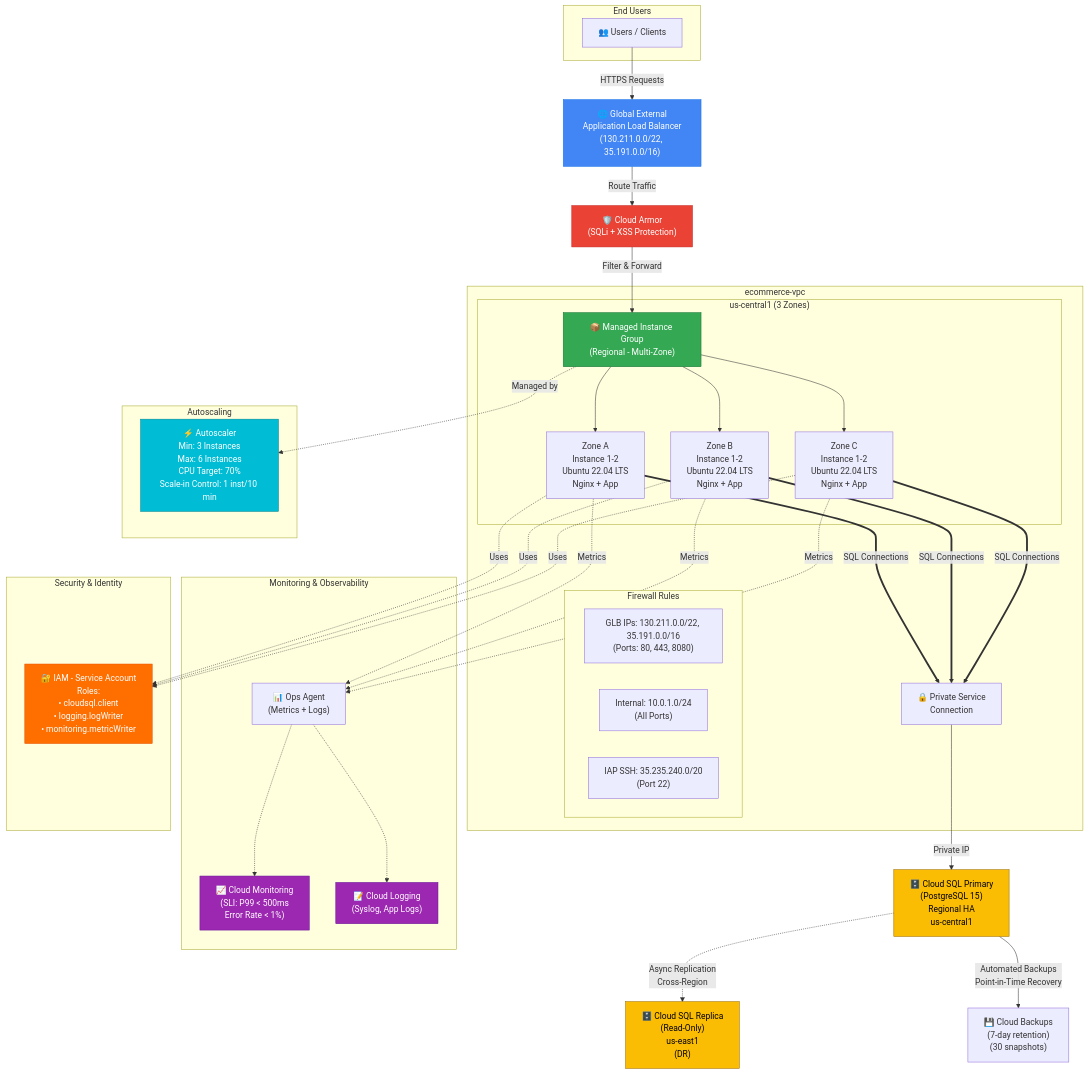
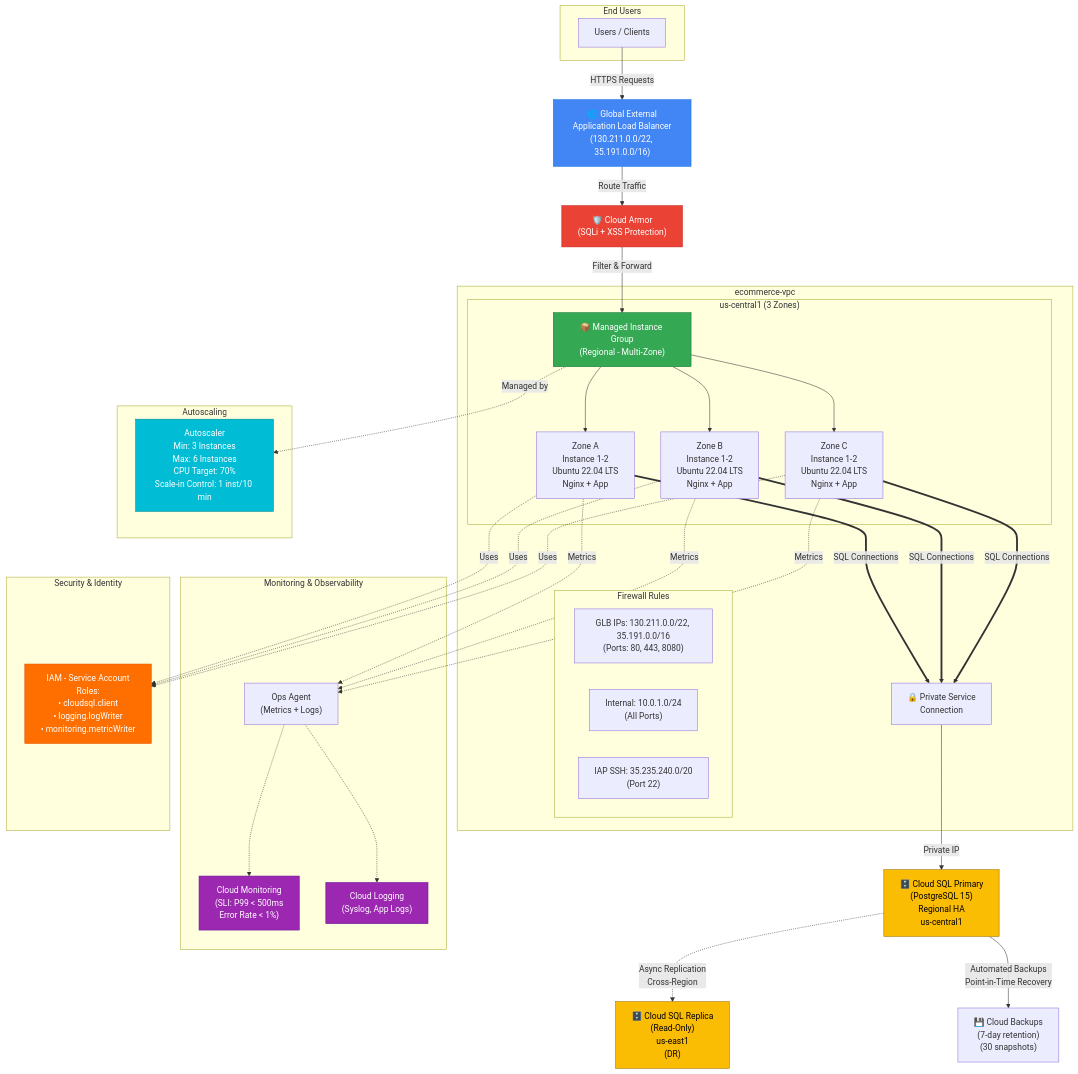
Before and after one commit to mauriciolsrj/xpe-desafio-arquitetura-solucoes: the diagram in architecture/diagrams/logical-architecture.mmd, drawn with Mermaid. The commit also changed 15 other files, not shown here.

```diff
--- a/architecture/diagrams/logical-architecture.mmd
+++ b/architecture/diagrams/logical-architecture.mmd
@@ -1,71 +1,71 @@
 graph TB
     subgraph "End Users"
-        Users["👥 Users / Clients"]
+        Users["Users / Clients"]
     end
 
     Users -->|HTTPS Requests| GLB["🌐 Global External<br/>Application Load Balancer<br/>(130.211.0.0/22, 35.191.0.0/16)"]
 
     GLB -->|Route Traffic| CA["🛡️ Cloud Armor<br/>(SQLi + XSS Protection)"]
 
     CA -->|Filter & Forward| MIG["📦 Managed Instance Group<br/>(Regional - Multi-Zone)"]
 
     subgraph "ecommerce-vpc"
         subgraph "us-central1 (3 Zones)"
             MIG --> Zone_A["Zone A<br/>Instance 1-2<br/>Ubuntu 22.04 LTS<br/>Nginx + App"]
             MIG --> Zone_B["Zone B<br/>Instance 1-2<br/>Ubuntu 22.04 LTS<br/>Nginx + App"]
             MIG --> Zone_C["Zone C<br/>Instance 1-2<br/>Ubuntu 22.04 LTS<br/>Nginx + App"]
         end
 
         subgraph "Firewall Rules"
             FR1["GLB IPs: 130.211.0.0/22, 35.191.0.0/16<br/>(Ports: 80, 443, 8080)"]
             FR2["Internal: 10.0.1.0/24<br/>(All Ports)"]
             FR3["IAP SSH: 35.235.240.0/20<br/>(Port 22)"]
         end
 
         Zone_A ==>|SQL Connections| PSC["🔒 Private Service<br/>Connection"]
         Zone_B ==>|SQL Connections| PSC
         Zone_C ==>|SQL Connections| PSC
     end
 
     PSC -->|Private IP| SQL_Primary["🗄️ Cloud SQL Primary<br/>(PostgreSQL 15)<br/>Regional HA<br/>us-central1"]
 
     SQL_Primary -.->|Async Replication<br/>Cross-Region| SQL_Replica["🗄️ Cloud SQL Replica<br/>(Read-Only)<br/>us-east1<br/>(DR)"]
 
     SQL_Primary -->|Automated Backups<br/>Point-in-Time Recovery| Backups["💾 Cloud Backups<br/>(7-day retention)<br/>(30 snapshots)"]
 
     subgraph "Monitoring & Observability"
-        Ops_Agent["📊 Ops Agent<br/>(Metrics + Logs)"]
-        Monitoring["📈 Cloud Monitoring<br/>(SLI: P99 < 500ms<br/>Error Rate < 1%)"]
-        Logging["📝 Cloud Logging<br/>(Syslog, App Logs)"]
+        Ops_Agent["Ops Agent<br/>(Metrics + Logs)"]
+        Monitoring["Cloud Monitoring<br/>(SLI: P99 < 500ms<br/>Error Rate < 1%)"]
+        Logging["Cloud Logging<br/>(Syslog, App Logs)"]
     end
 
     Zone_A -.->|Metrics| Ops_Agent
     Zone_B -.->|Metrics| Ops_Agent
     Zone_C -.->|Metrics| Ops_Agent
     
     Ops_Agent -.-> Monitoring
     Ops_Agent -.-> Logging
 
     subgraph "Security & Identity"
-        IAM["🔐 IAM - Service Account<br/>Roles:<br/>• cloudsql.client<br/>• logging.logWriter<br/>• monitoring.metricWriter"]
+        IAM["IAM - Service Account<br/>Roles:<br/>• cloudsql.client<br/>• logging.logWriter<br/>• monitoring.metricWriter"]
     end
 
     Zone_A -.->|Uses| IAM
     Zone_B -.->|Uses| IAM
     Zone_C -.->|Uses| IAM
 
     subgraph "Autoscaling"
-        Autoscaler["⚡ Autoscaler<br/>Min: 3 Instances<br/>Max: 6 Instances<br/>CPU Target: 70%<br/>Scale-in Control: 1 inst/10 min"]
+        Autoscaler["Autoscaler<br/>Min: 3 Instances<br/>Max: 6 Instances<br/>CPU Target: 70%<br/>Scale-in Control: 1 inst/10 min"]
     end
 
     MIG -.->|Managed by| Autoscaler
 
     style GLB fill:#4285F4,stroke:#1a73e8,color:#fff
     style CA fill:#EA4335,stroke:#c5221f,color:#fff
     style MIG fill:#34A853,stroke:#137333,color:#fff
     style SQL_Primary fill:#FBBC04,stroke:#9c6c00,color:#000
     style SQL_Replica fill:#FBBC04,stroke:#9c6c00,color:#000
     style Monitoring fill:#9C27B0,stroke:#6a1b9a,color:#fff
     style Logging fill:#9C27B0,stroke:#6a1b9a,color:#fff
     style IAM fill:#FF6F00,stroke:#e65100,color:#fff
     style Autoscaler fill:#00BCD4,stroke:#00838f,color:#fff
```
